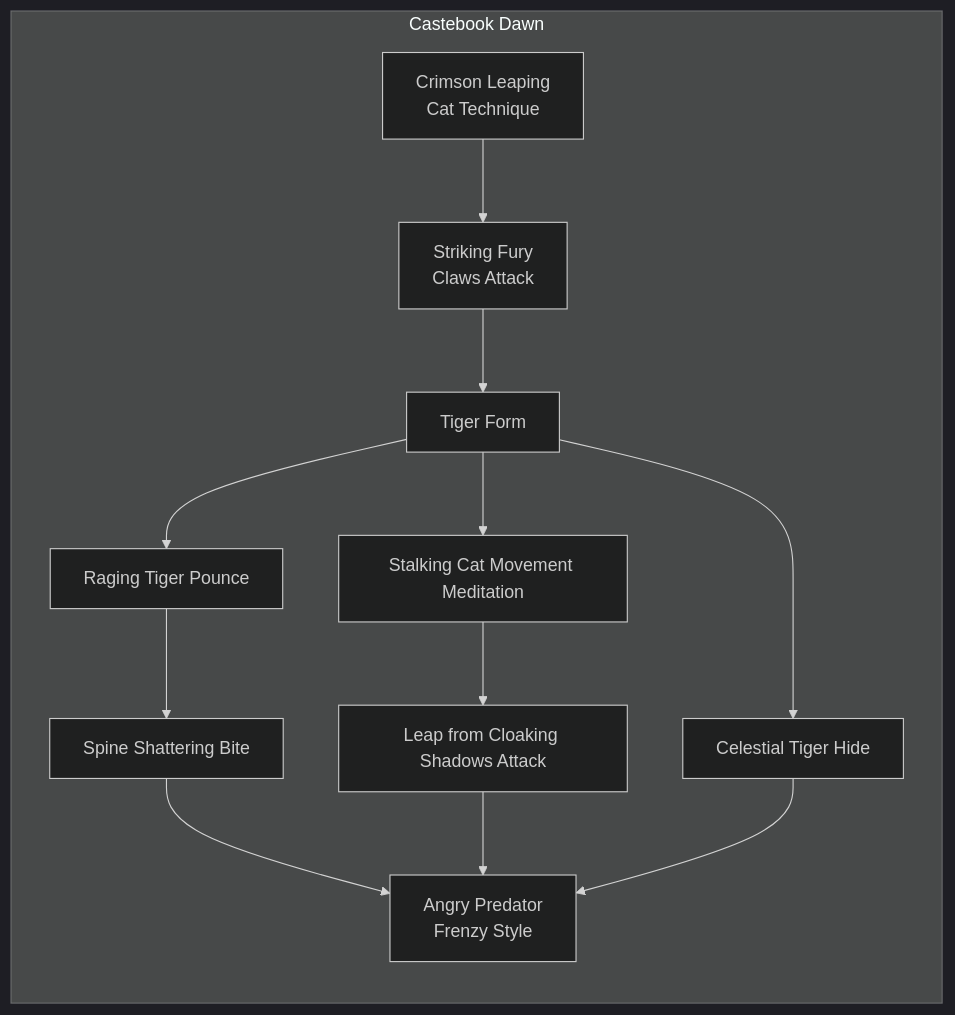
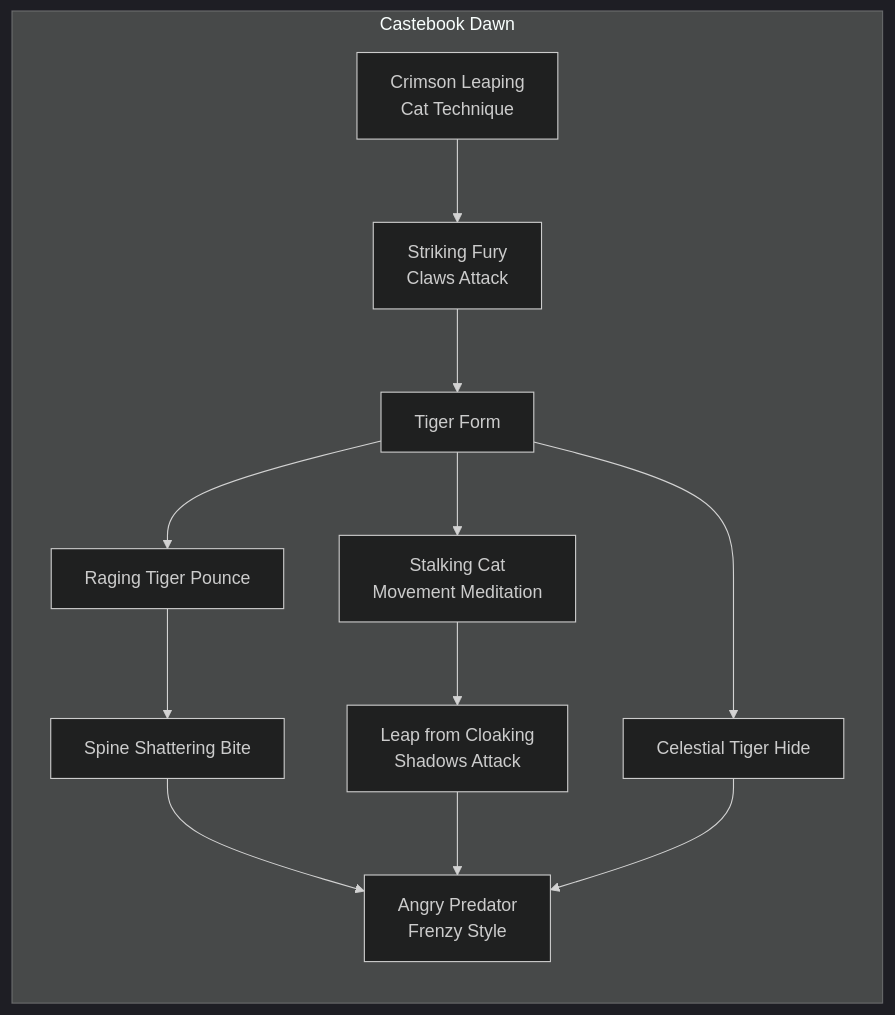
One commit to jrobichaud/exalted-charms-1e changed the diagram in docs/mermaid/solar/dawn_martial_arts_2.mmd. Above: the diagram before and after it, drawn with Mermaid. The commit also changed 11 other files, not shown here.

```diff
--- a/docs/mermaid/solar/dawn_martial_arts_2.mmd
+++ b/docs/mermaid/solar/dawn_martial_arts_2.mmd
@@ -106,7 +106,7 @@
             iron-bound doors and deeply score stone in a single blow.
             "
 
-        stalking_cat_movement_meditation[Stalking Cat Movement Meditation]
+        stalking_cat_movement_meditation[Stalking Cat<br>Movement Meditation]
         click stalking_cat_movement_meditation callback "
             Stalking Cat Movement Meditation<br>
             <br>
@@ -131,7 +131,7 @@
             something or scouting enemy positions).
             "
 
-        leap_from_cloaking_shadows_attack[Leap from Cloaking Shadows Attack]
+        leap_from_cloaking_shadows_attack[Leap from Cloaking<br>Shadows Attack]
         click leap_from_cloaking_shadows_attack callback "
             Leap from Cloaking Shadows Attack<br>
             <br>
```
